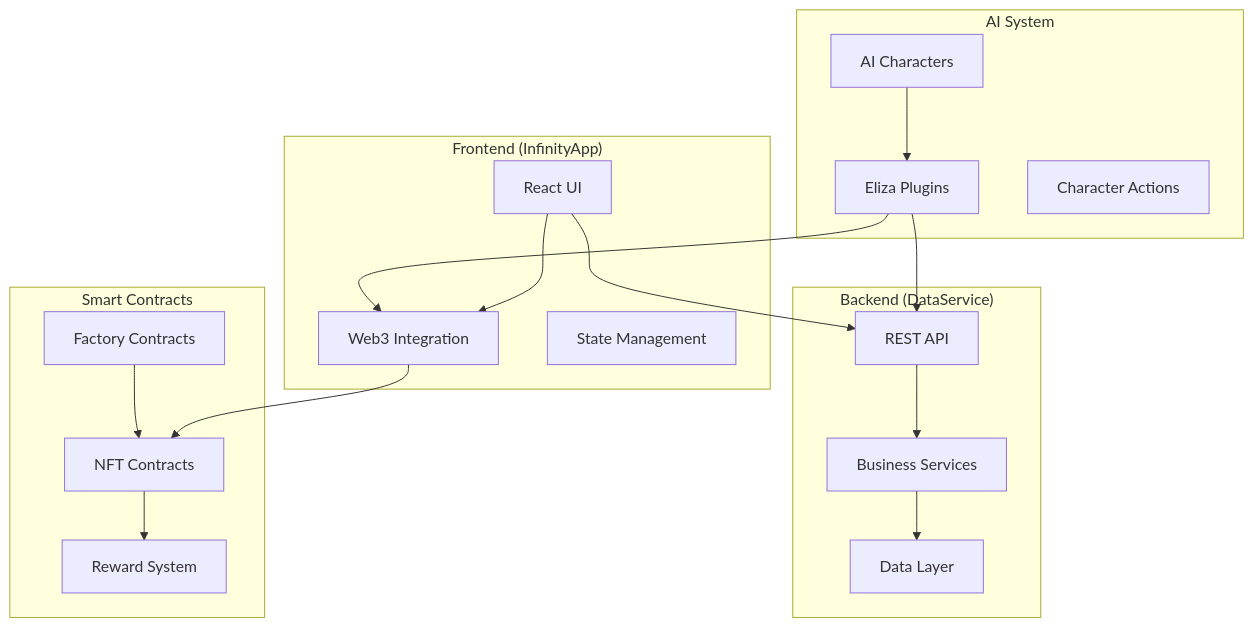
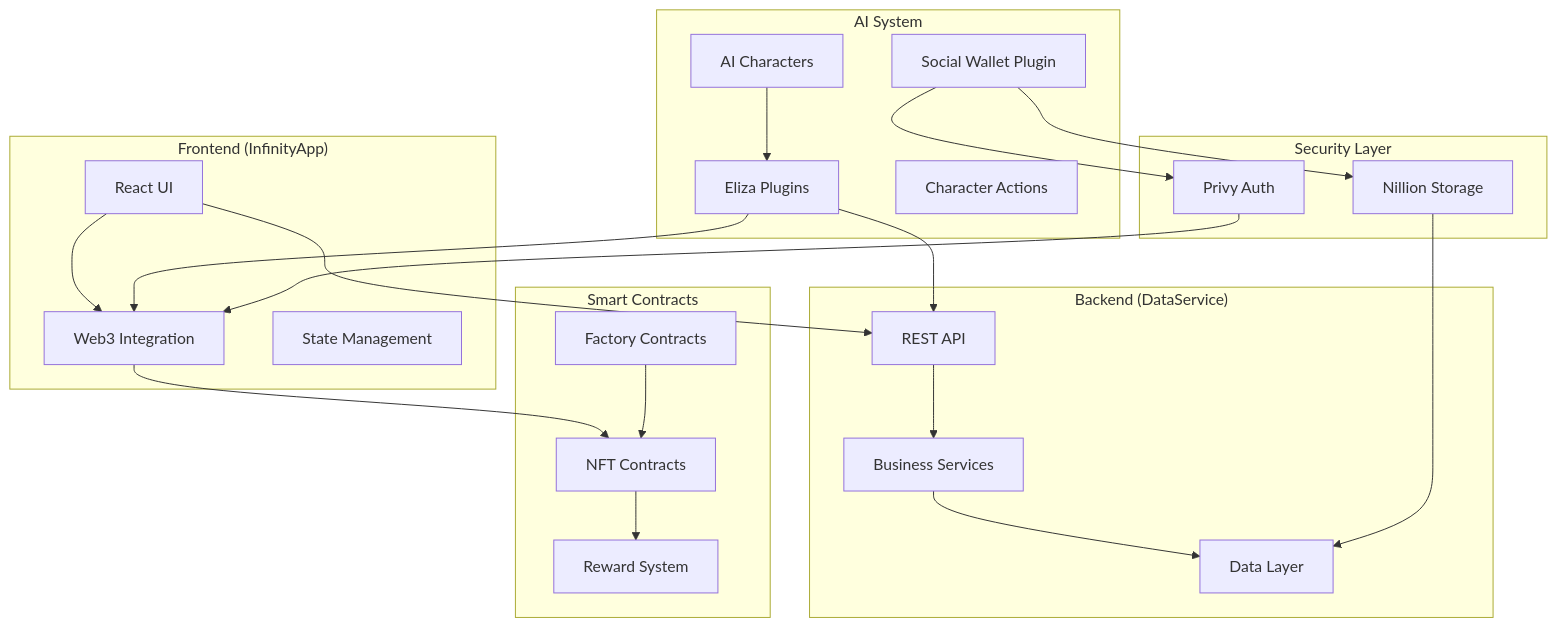
Before and after one commit to JulioMCruz/Infinity: the first of 8 diagrams in ARCHITECTURE.md, drawn with Mermaid. The commit also changed other lines of this file and 3 other files, not shown here.

First line of the commit message:
docs: update documentation for social wallet integration

````diff
--- a/ARCHITECTURE.md
+++ b/ARCHITECTURE.md
@@ -26,37 +26,47 @@
 ```mermaid
 graph TB
     subgraph Frontend["Frontend (InfinityApp)"]
         UI[React UI]
         Web3[Web3 Integration]
         State[State Management]
     end
 
     subgraph Backend["Backend (DataService)"]
         API[REST API]
         Services[Business Services]
         DB[Data Layer]
     end
 
     subgraph Blockchain["Smart Contracts"]
         NFT[NFT Contracts]
         Factory[Factory Contracts]
         Rewards[Reward System]
     end
 
     subgraph AI["AI System"]
         Characters[AI Characters]
         Plugins[Eliza Plugins]
         Actions[Character Actions]
+        SocialWallet[Social Wallet Plugin]
+    end
+
+    subgraph Security["Security Layer"]
+        Privy[Privy Auth]
+        Nillion[Nillion Storage]
     end
 
     UI --> Web3
     Web3 --> NFT
     UI --> API
     API --> Services
     Services --> DB
     Characters --> Plugins
     Plugins --> API
     Plugins --> Web3
     Factory --> NFT
     NFT --> Rewards
+    SocialWallet --> Privy
+    SocialWallet --> Nillion
+    Privy --> Web3
+    Nillion --> DB
 ```
````
